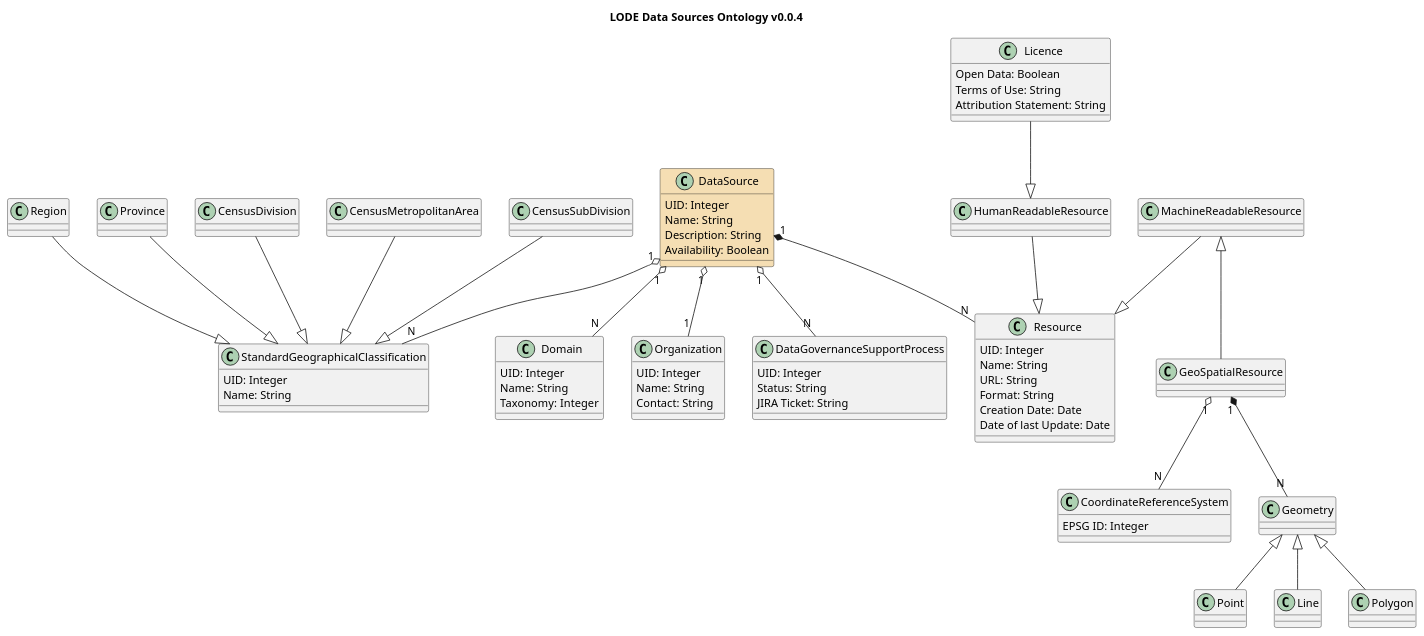
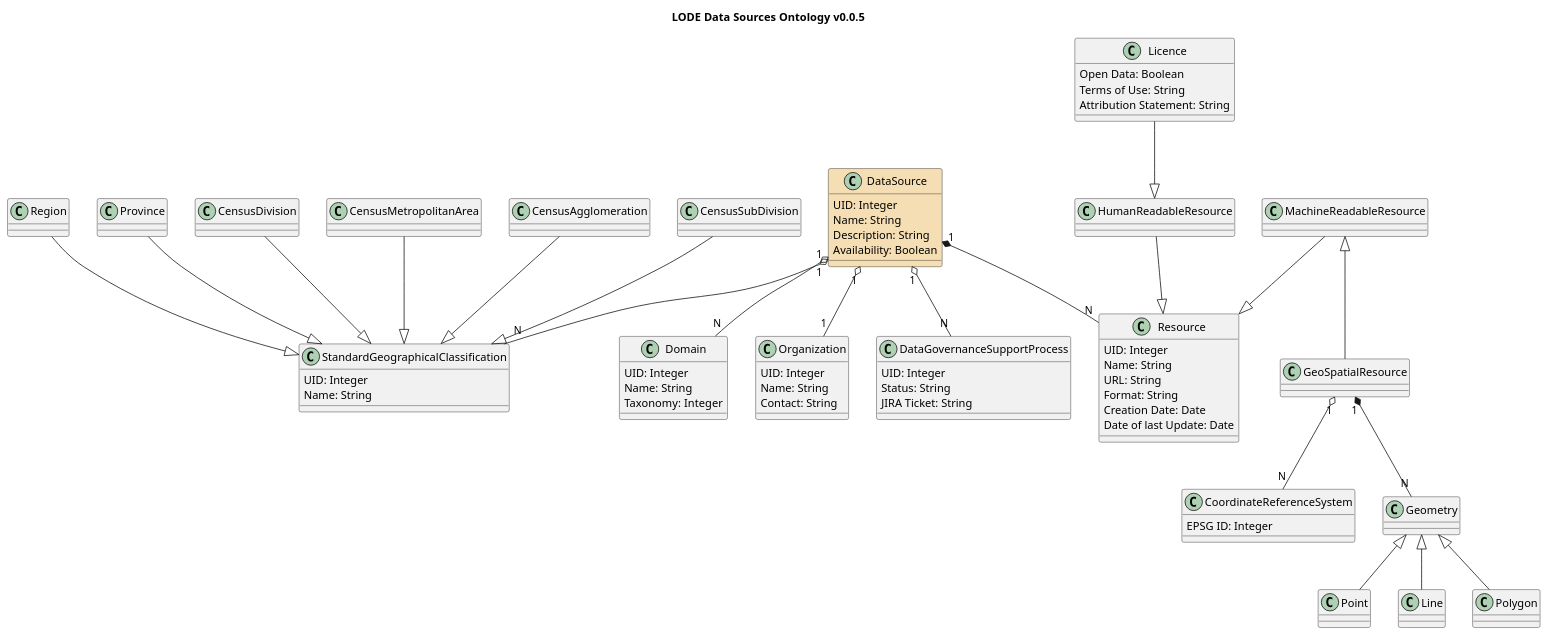
Before and after one commit to CSBP-CPSE/LODE-ECDO: the diagram in sources/ontology/LodeDataSourcesOntology.puml, drawn with PlantUML.

Commit message:
Modified ontology

```diff
--- a/sources/ontology/LodeDataSourcesOntology.puml
+++ b/sources/ontology/LodeDataSourcesOntology.puml
@@ -1,103 +1,105 @@
 @startuml LODE Data Sources Ontology
 
-title LODE Data Sources Ontology v0.0.4
+title LODE Data Sources Ontology v0.0.5
 
 class DataSource #Wheat {
 
     UID: Integer
     Name: String
     Description: String
     Availability: Boolean
 } 
 
 
 class GeoSpatialResource 
 
 MachineReadableResource <|-- GeoSpatialResource
 
 class StandardGeographicalClassification {
     UID: Integer
     Name: String
 }
 class Region
 class Province
 class CensusDivision
 class CensusMetropolitanArea
+class CensusAgglomeration
 class CensusSubDivision
 
 Region --|> StandardGeographicalClassification
 Province --|> StandardGeographicalClassification
 CensusDivision --|> StandardGeographicalClassification
 CensusMetropolitanArea --|> StandardGeographicalClassification
+CensusAgglomeration --|> StandardGeographicalClassification
 CensusSubDivision --|> StandardGeographicalClassification
 
 DataSource "1" o-- "N" StandardGeographicalClassification
 
 class CoordinateReferenceSystem {
     EPSG ID: Integer
 }
 
 GeoSpatialResource "1" o-- "N" CoordinateReferenceSystem
 
 
 
 class Domain {
     UID: Integer
     Name: String
     Taxonomy: Integer
 }
 
 DataSource "1" o-- "N" Domain
 
 class Geometry
 class Point 
 class Line
 class Polygon 
 
 Geometry <|-- Point
 Geometry <|-- Line
 Geometry <|-- Polygon
 
 GeoSpatialResource "1" *-- "N" Geometry
 
 class Resource {
     UID: Integer
     Name: String
     URL: String
     Format: String
     Creation Date: Date
     Date of last Update: Date
 }
 
 class MachineReadableResource
 class HumanReadableResource
 
 class Licence {
     Open Data: Boolean
     Terms of Use: String
     Attribution Statement: String
 }
 
 MachineReadableResource --|> Resource
 HumanReadableResource --|> Resource
 Licence --|> HumanReadableResource
 
 DataSource "1" *-- "N" Resource
 
 class Organization {
     UID: Integer
     Name: String
     Contact: String
 }
 
 DataSource "1" o-- "1" Organization
 
 class DataGovernanceSupportProcess {
     UID: Integer
     Status: String
     JIRA Ticket: String
 }
 
 DataSource "1" o-- "N"  DataGovernanceSupportProcess
 
 @enduml
```
